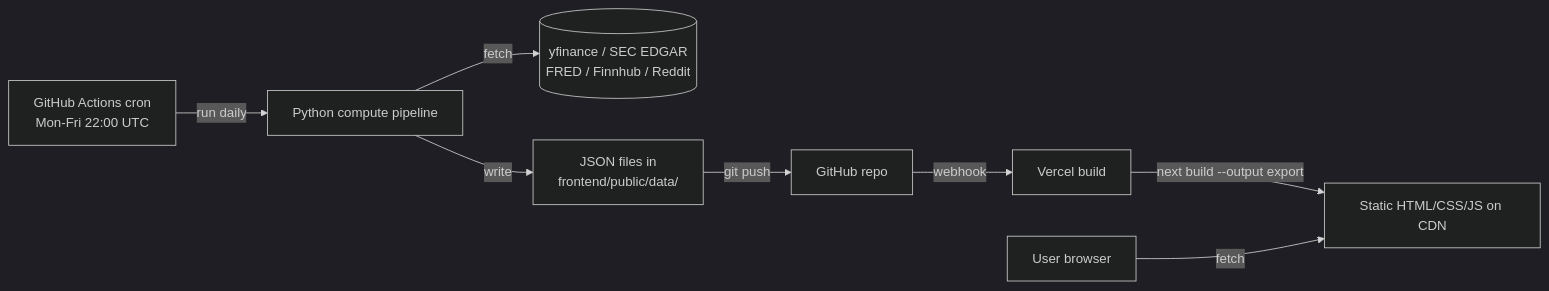
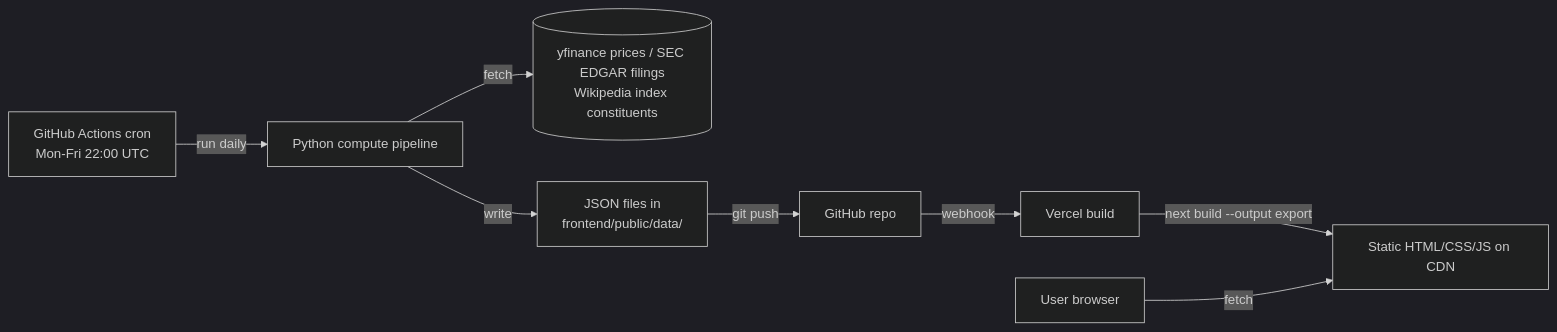
Before and after one commit to dackclup/quantrank: the diagram in README.md, drawn with Mermaid (dark theme). The commit also changed other lines of this file and 1 other file, not shown here.

````diff
--- a/README.md
+++ b/README.md
@@ -225,10 +249,10 @@
 ```mermaid
 flowchart LR
     A[GitHub Actions cron<br/>Mon-Fri 22:00 UTC] -->|run daily| B[Python compute pipeline]
-    B -->|fetch| C[(yfinance / SEC EDGAR<br/>FRED / Finnhub / Reddit)]
+    B -->|fetch| C[(yfinance prices / SEC EDGAR filings<br/>Wikipedia index constituents)]
     B -->|write| D[JSON files in<br/>frontend/public/data/]
     D -->|git push| E[GitHub repo]
     E -->|webhook| F[Vercel build]
     F -->|next build --output export| G[Static HTML/CSS/JS on CDN]
     H[User browser] -->|fetch| G
 ```
````
